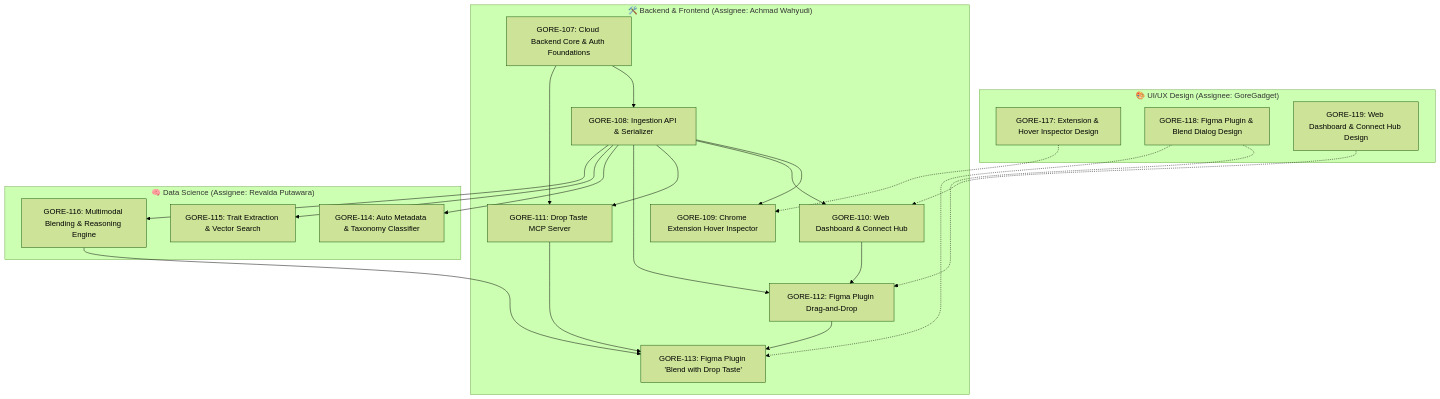
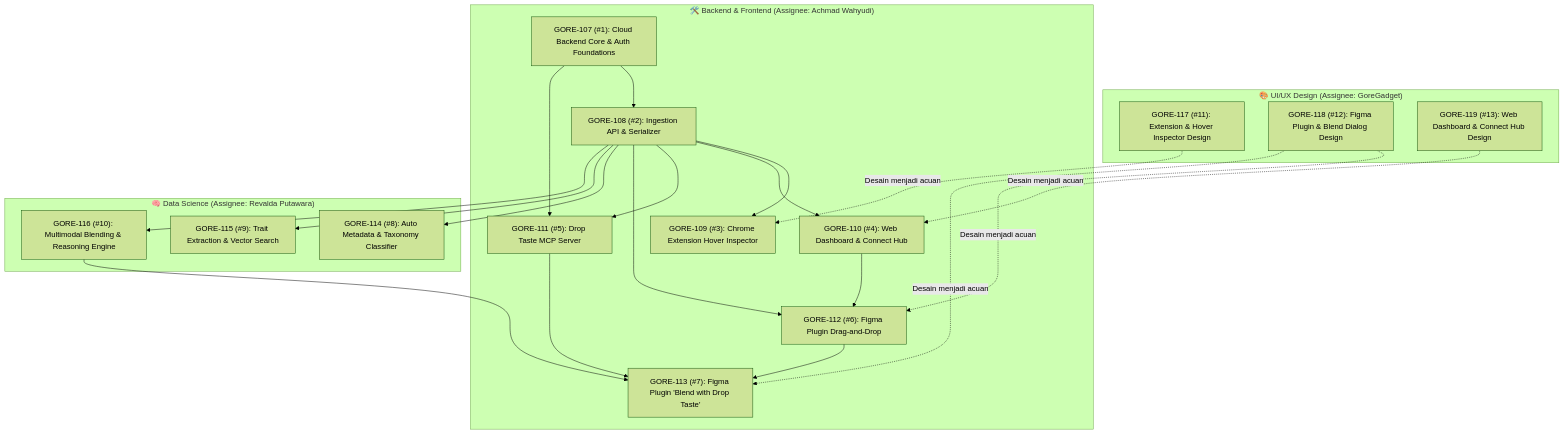
The diagram in TICKETS.md (dikamardavid/drop-taste), drawn with Mermaid (forest theme) before and after one commit. The commit also changed other lines of this file, not shown here.

Commit message:
docs: add GitHub issue references to TICKETS.md

````diff
--- a/TICKETS.md
+++ b/TICKETS.md
@@ -9,32 +9,32 @@
 ```mermaid
 flowchart TD
   subgraph UIUX ["🎨 UI/UX Design (Assignee: GoreGadget)"]
-    GORE117["GORE-117: Extension & Hover Inspector Design"]
-    GORE118["GORE-118: Figma Plugin & Blend Dialog Design"]
-    GORE119["GORE-119: Web Dashboard & Connect Hub Design"]
+    GORE117["GORE-117 (#11): Extension & Hover Inspector Design"]
+    GORE118["GORE-118 (#12): Figma Plugin & Blend Dialog Design"]
+    GORE119["GORE-119 (#13): Web Dashboard & Connect Hub Design"]
   end
 
   subgraph ENG ["🛠️ Backend & Frontend (Assignee: Achmad Wahyudi)"]
-    GORE107["GORE-107: Cloud Backend Core & Auth Foundations"] --> GORE108["GORE-108: Ingestion API & Serializer"]
-    GORE108 --> GORE109["GORE-109: Chrome Extension Hover Inspector"]
-    GORE108 --> GORE110["GORE-110: Web Dashboard & Connect Hub"]
-    GORE107 --> GORE111["GORE-111: Drop Taste MCP Server"]
+    GORE107["GORE-107 (#1): Cloud Backend Core & Auth Foundations"] --> GORE108["GORE-108 (#2): Ingestion API & Serializer"]
+    GORE108 --> GORE109["GORE-109 (#3): Chrome Extension Hover Inspector"]
+    GORE108 --> GORE110["GORE-110 (#4): Web Dashboard & Connect Hub"]
+    GORE107 --> GORE111["GORE-111 (#5): Drop Taste MCP Server"]
     GORE108 --> GORE111
-    GORE108 --> GORE112["GORE-112: Figma Plugin Drag-and-Drop"]
+    GORE108 --> GORE112["GORE-112 (#6): Figma Plugin Drag-and-Drop"]
     GORE110 --> GORE112
-    GORE111 --> GORE113["GORE-113: Figma Plugin 'Blend with Drop Taste'"]
+    GORE111 --> GORE113["GORE-113 (#7): Figma Plugin 'Blend with Drop Taste'"]
     GORE112 --> GORE113
   end
 
   subgraph DS ["🧠 Data Science (Assignee: Revalda Putawara)"]
-    GORE108 --> GORE114["GORE-114: Auto Metadata & Taxonomy Classifier"]
-    GORE108 --> GORE115["GORE-115: Trait Extraction & Vector Search"]
-    GORE108 --> GORE116["GORE-116: Multimodal Blending & Reasoning Engine"]
+    GORE108 --> GORE114["GORE-114 (#8): Auto Metadata & Taxonomy Classifier"]
+    GORE108 --> GORE115["GORE-115 (#9): Trait Extraction & Vector Search"]
+    GORE108 --> GORE116["GORE-116 (#10): Multimodal Blending & Reasoning Engine"]
     GORE116 --> GORE113
   end
 
-  GORE117 -.-> GORE109
-  GORE118 -.-> GORE112
-  GORE118 -.-> GORE113
-  GORE119 -.-> GORE110
+  GORE117 -. Desain menjadi acuan .-> GORE109
+  GORE118 -. Desain menjadi acuan .-> GORE112
+  GORE118 -. Desain menjadi acuan .-> GORE113
+  GORE119 -. Desain menjadi acuan .-> GORE110
 ```
````
